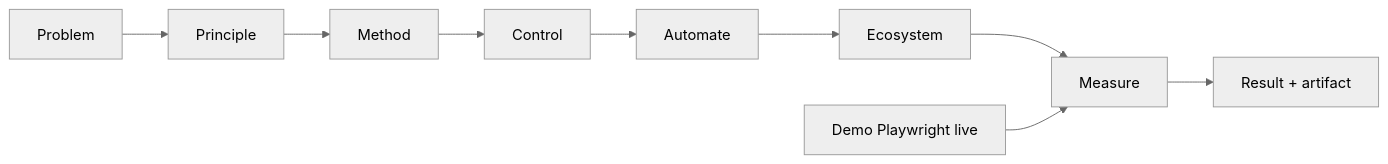
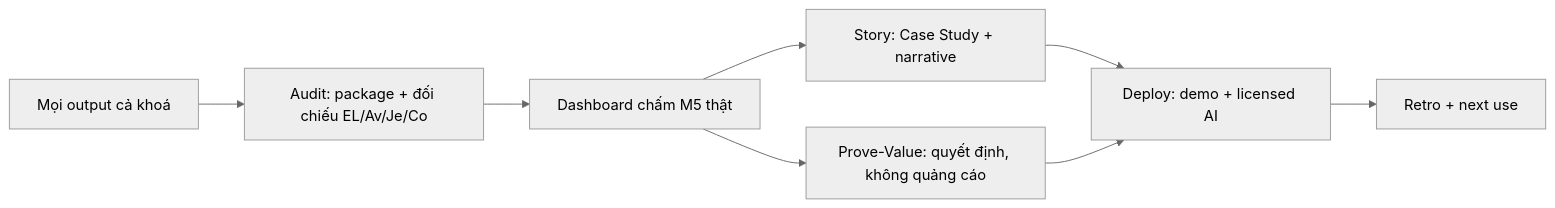
The first of 3 diagrams in docs/curriculum/MODULE-09-capstone.md (heino-labs/gen-ai-labs), drawn with Mermaid (neutral theme) before and after one commit. The commit also changed other lines of this file and 10 other files, not shown here.

Commit message:
Refactor MODULE-09-capstone.md and README.md for clarity and structure; enhance narrative flow and emphasize evidence-based learning in AI testing curriculum.

````diff
--- a/docs/curriculum/MODULE-09-capstone.md
+++ b/docs/curriculum/MODULE-09-capstone.md
@@ -154,11 +30,10 @@
 ```mermaid
 flowchart LR
-    P["Problem"] --> R["Principle"]
-    R --> M["Method"]
-    M --> C["Control"]
-    C --> A["Automate"]
-    A --> E["Ecosystem"]
-    E --> V["Measure"]
-    V --> RES["Result + artifact"]
-    DEMO["Demo Playwright live"] --> V
+    ALL["Mọi output cả khoá"] --> AUDIT["Audit: package + đối chiếu EL/Av/Je/Co"]
+    AUDIT --> METRICS["Dashboard chấm M5 thật"]
+    METRICS --> STORY["Story: Case Study + narrative"]
+    METRICS --> PV["Prove-Value: quyết định, không quảng cáo"]
+    STORY --> DEPLOY["Deploy: demo + licensed AI"]
+    PV --> DEPLOY
+    DEPLOY --> RETRO["Retro + next use"]
 ```
````
